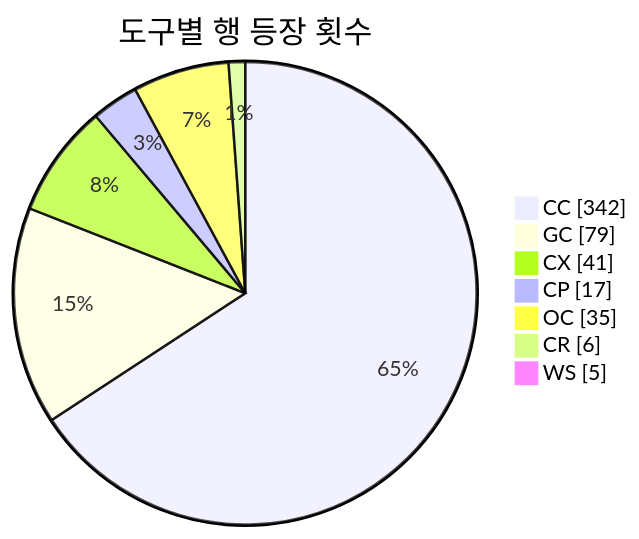
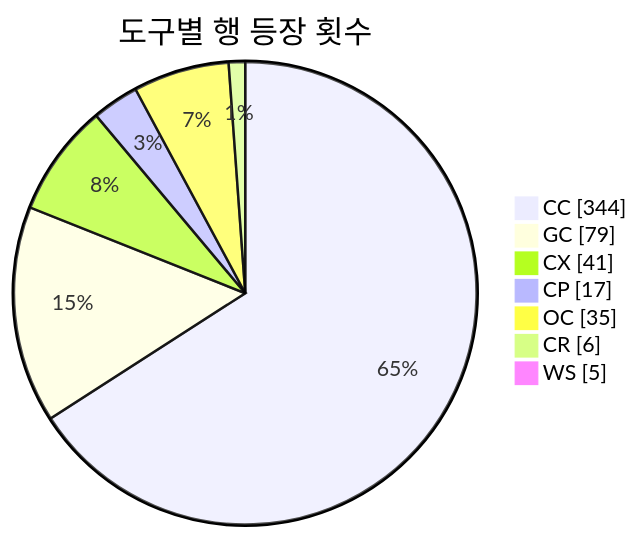
Before and after one commit to J-nowcow/awesome-korean-agent-skills: the second of 3 diagrams in README.md, drawn with Mermaid. The commit also changed other lines of this file and 5 other files, not shown here.

````diff
--- a/README.md
+++ b/README.md
@@ -193,11 +193,11 @@
 ```mermaid
 pie showData
     title 도구별 행 등장 횟수
-    "CC" : 342
+    "CC" : 344
     "GC" : 79
     "CX" : 41
     "CP" : 17
     "OC" : 35
     "CR" : 6
     "WS" : 5
 ```
````
